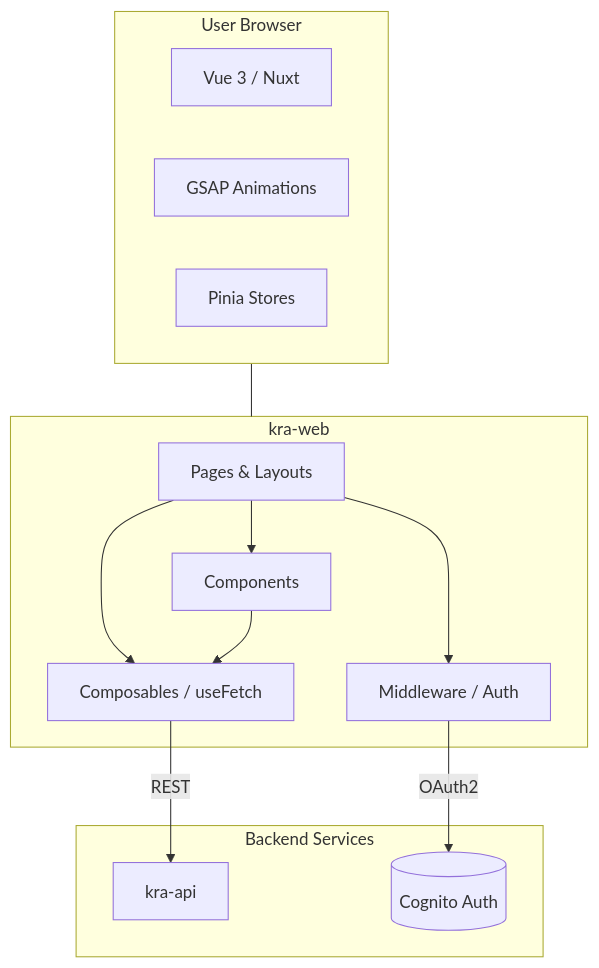
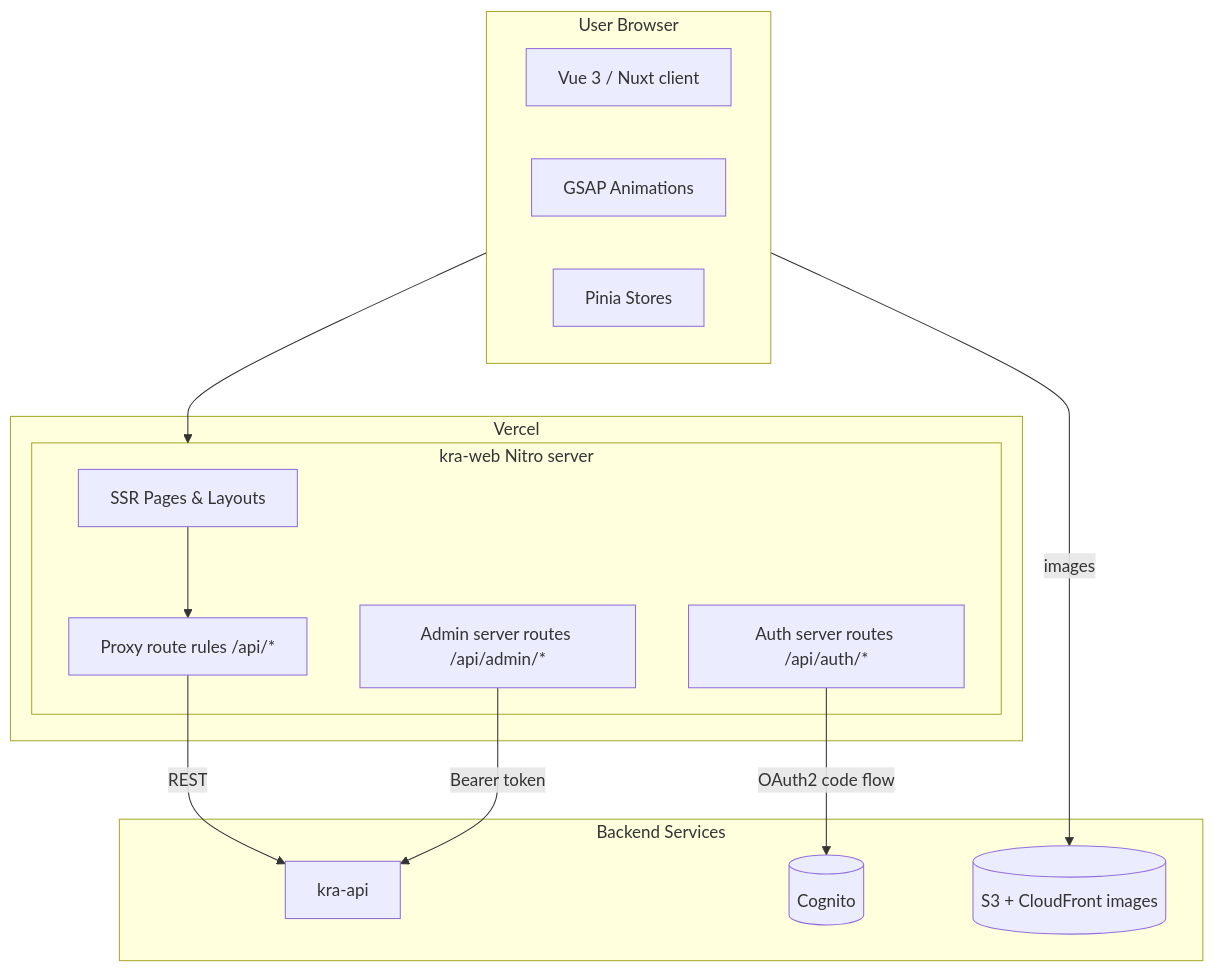
The diagram in README.md (krealalejo/kra-web-frontend-nuxt), drawn with Mermaid before and after one commit. The commit also changed other lines of this file and 8 other files, not shown here.

````diff
--- a/README.md
+++ b/README.md
@@ -60,28 +70,30 @@
 ```mermaid
 flowchart TD
   subgraph browser [User Browser]
-    VUE[Vue 3 / Nuxt]
+    VUE[Vue 3 / Nuxt client]
     GSAP[GSAP Animations]
     PINIA[Pinia Stores]
   end
 
-  subgraph kra_web [kra-web]
-    PAGES[Pages & Layouts]
-    COMP[Components]
-    SEC[Middleware / Auth]
-    API[Composables / useFetch]
-    PAGES --> COMP
-    PAGES --> API
-    COMP --> API
-    PAGES --> SEC
+  subgraph vercel [Vercel]
+    subgraph kra_web [kra-web Nitro server]
+      SSR[SSR Pages & Layouts]
+      PROXY[Proxy route rules /api/*]
+      ADMIN_API[Admin server routes /api/admin/*]
+      AUTH_API[Auth server routes /api/auth/*]
+    end
   end
 
   subgraph backend [Backend Services]
     KRA_API[kra-api]
-    COG[(Cognito Auth)]
+    COG[(Cognito)]
+    CDN[(S3 + CloudFront images)]
   end
 
-  browser --- kra_web
-  API -->|REST| KRA_API
-  SEC -->|OAuth2| COG
+  browser --> kra_web
+  SSR --> PROXY
+  PROXY -->|REST| KRA_API
+  ADMIN_API -->|Bearer token| KRA_API
+  AUTH_API -->|OAuth2 code flow| COG
+  browser -->|images| CDN
 ```
````
